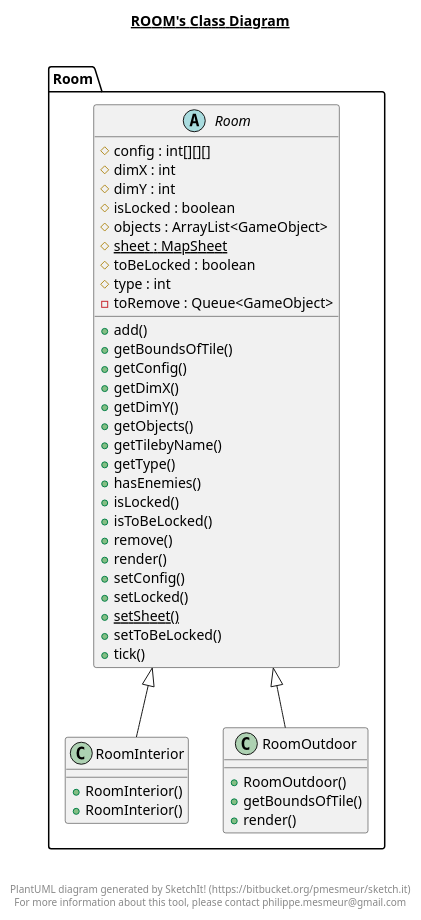
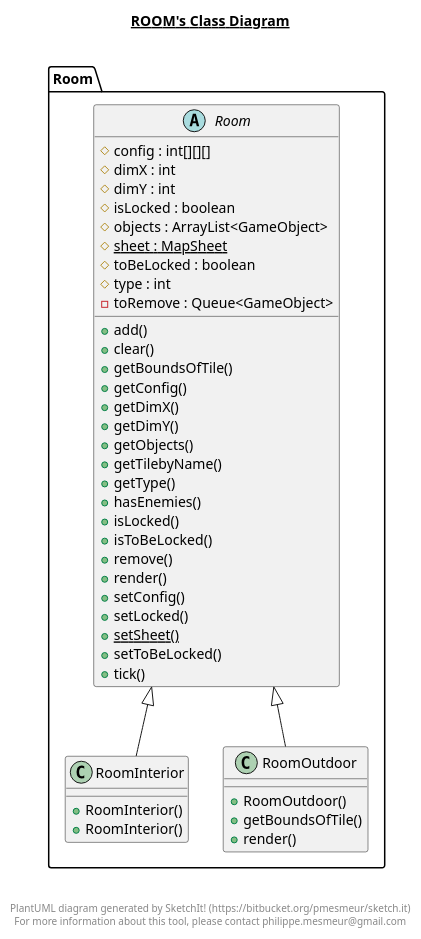
The diagram in src/Room/Room.plantuml (IulianMurariu-Tanasache/ProiectPAOO_FirstDungeon), drawn with PlantUML before and after one commit. The commit also changed 111 other files, not shown here.

```diff
--- a/src/Room/Room.plantuml
+++ b/src/Room/Room.plantuml
@@ -1,66 +1,67 @@
 @startuml
 
 title __ROOM's Class Diagram__\n
 
   namespace Room {
     abstract class Room.Room {
         # config : int[][][]
         # dimX : int
         # dimY : int
         # isLocked : boolean
         # objects : ArrayList<GameObject>
         {static} # sheet : MapSheet
         # toBeLocked : boolean
         # type : int
         - toRemove : Queue<GameObject>
         + add()
+        + clear()
         + getBoundsOfTile()
         + getConfig()
         + getDimX()
         + getDimY()
         + getObjects()
         + getTilebyName()
         + getType()
         + hasEnemies()
         + isLocked()
         + isToBeLocked()
         + remove()
         + render()
         + setConfig()
         + setLocked()
         {static} + setSheet()
         + setToBeLocked()
         + tick()
     }
   }
   
 
   namespace Room {
     class Room.RoomInterior {
         + RoomInterior()
         + RoomInterior()
     }
   }
   
 
   namespace Room {
     class Room.RoomOutdoor {
         + RoomOutdoor()
         + getBoundsOfTile()
         + render()
     }
   }
   
 
   Room.RoomInterior -up-|> Room.Room
   Room.RoomOutdoor -up-|> Room.Room
 
 
 right footer
 
 
 PlantUML diagram generated by SketchIt! (https://bitbucket.org/pmesmeur/sketch.it)
 For more information about this tool, please contact philippe.mesmeur@gmail.com
 endfooter
 
 @enduml
```
